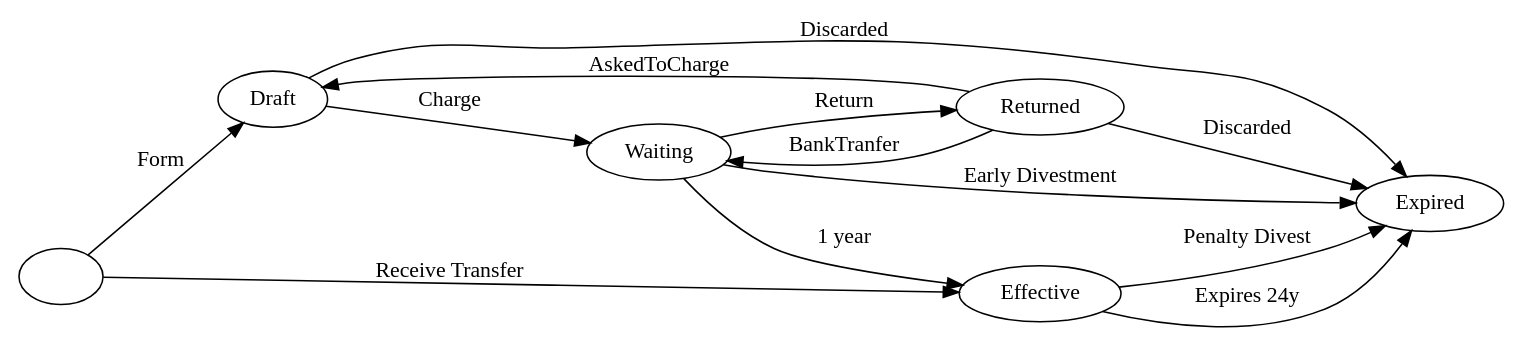
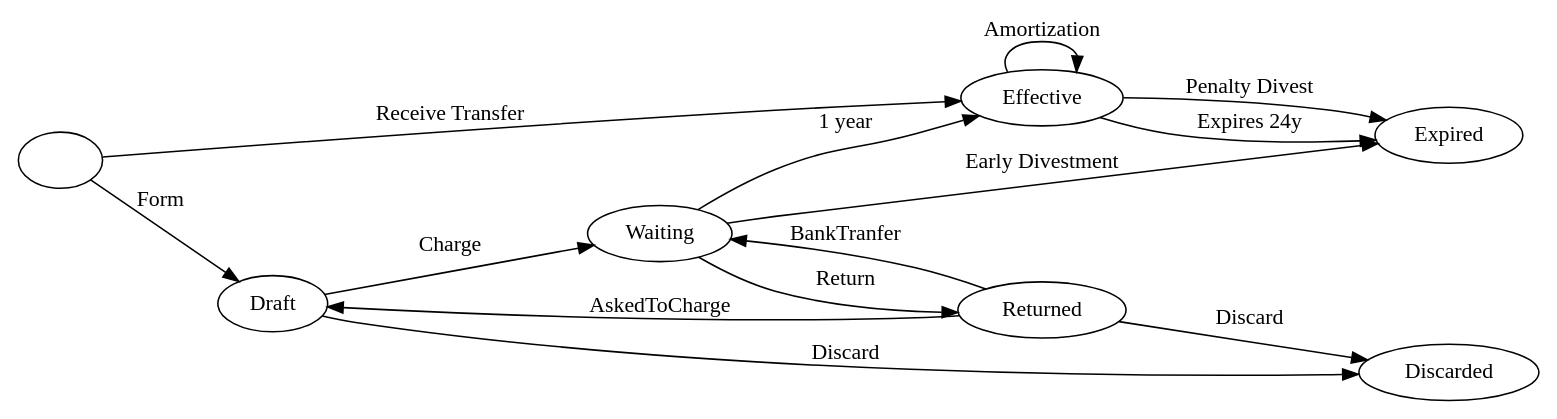
One commit to Som-Energia/somenergia-generationkwh changed the diagram in docs/inversions-states-generation.dot. Above: the diagram before and after it, drawn with Graphviz. The commit also changed 8 other files, not shown here.

```diff
--- a/docs/inversions-states-generation.dot
+++ b/docs/inversions-states-generation.dot
@@ -1,15 +1,18 @@
 digraph G {
 rankdir=LR
 "" -> Draft [label=Form]
 Draft -> Waiting [label=Charge]
+Waiting -> Effective [label="1 year"]
+Effective -> Effective [label="Amortization"]
+Effective -> Expired [label="Expires 24y"]
+Effective -> Expired [label="Penalty Divest"]
+Waiting -> Expired  [label="Early Divestment"]
+
 Waiting -> Returned [label=Return]
 Returned -> Waiting [label=BankTranfer]
 Returned -> Draft [label=AskedToCharge]
-Returned -> Expired [label=Discarded]
-Draft -> Expired [label=Discarded]
-Waiting -> Expired  [label="Early Divestment"]
-Waiting -> Effective [label="1 year"]
-Effective -> Expired [label="Expires 24y"]
+Returned -> Discarded [label=Discard]
+Draft -> Discarded [label=Discard]
+
 "" -> Effective [label="Receive Transfer"]
-Effective -> Expired [label="Penalty Divest"]
 }
```
